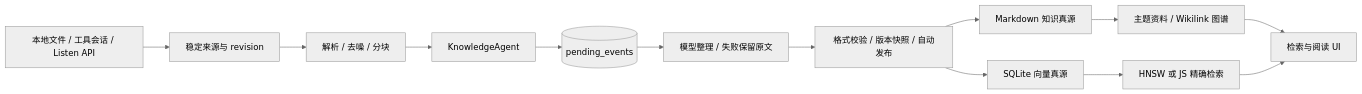
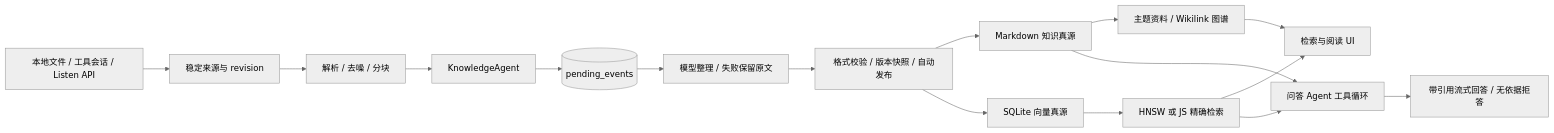
One commit to DA-cpu1/Auto-Memories-Doll changed the diagram in README.md. Above: the diagram before and after it, drawn with Mermaid (neutral theme). The commit also changed other lines of this file and 24 other files, not shown here.

First line of the commit message:
feat(ask): 首页问答 Agent——SSE 工具循环、引用校验严格拒答与 ask_logs 审计

````diff
--- a/README.md
+++ b/README.md
@@ -9,15 +9,18 @@
 ```mermaid
 flowchart LR
   A[本地文件 / 工具会话 / Listen API] --> B[稳定来源与 revision]
   B --> C[解析 / 去噪 / 分块]
   C --> D[KnowledgeAgent]
   D --> E[(pending_events)]
   E --> F[模型整理 / 失败保留原文]
   F --> G[格式校验 / 版本快照 / 自动发布]
   G --> J[Markdown 知识真源]
   G --> K[SQLite 向量真源]
   J --> L[主题资料 / Wikilink 图谱]
   K --> M[HNSW 或 JS 精确检索]
   L --> N[检索与阅读 UI]
   M --> N
+  J --> O[问答 Agent 工具循环]
+  M --> O
+  O --> P[带引用流式回答 / 无依据拒答]
 ```
````
